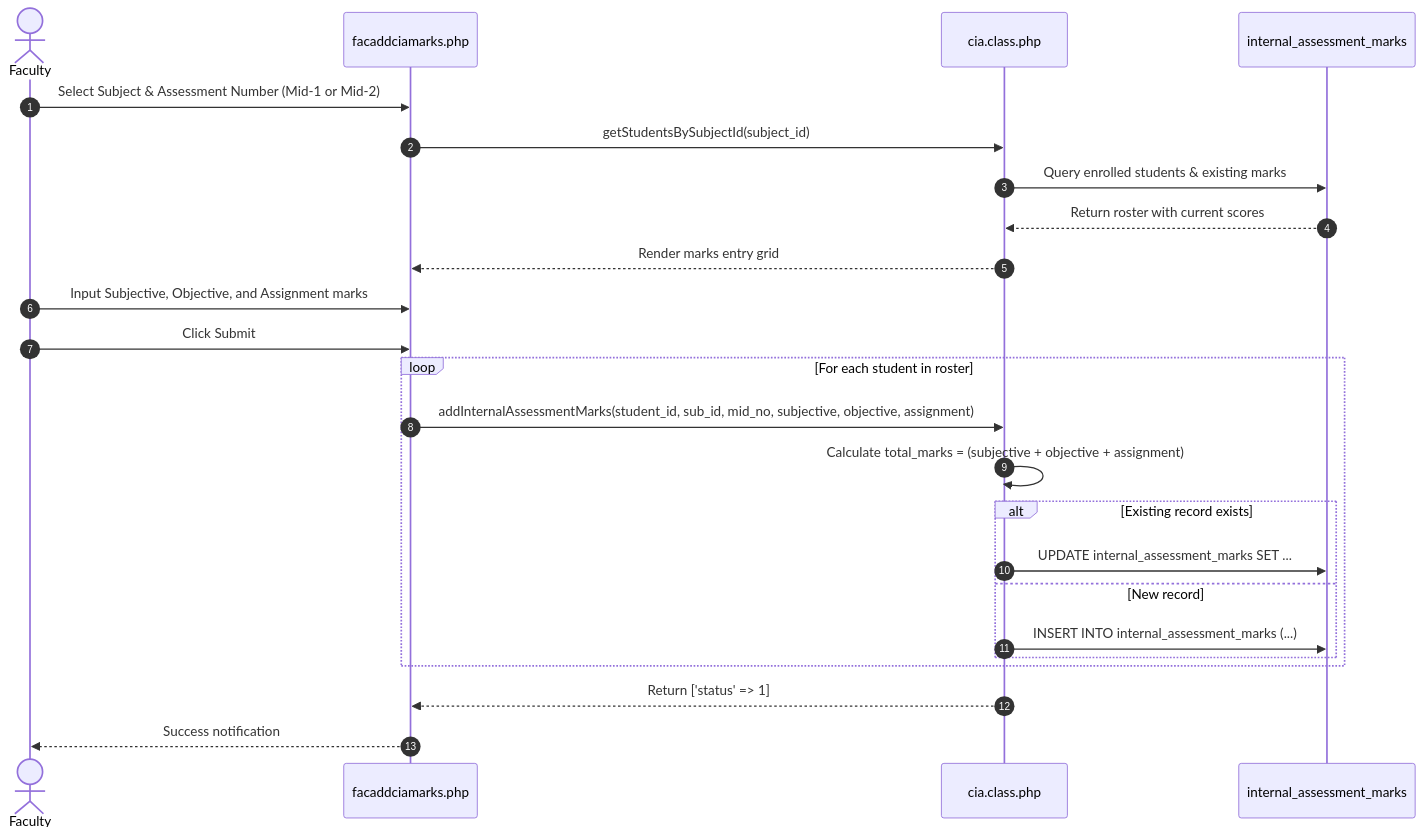
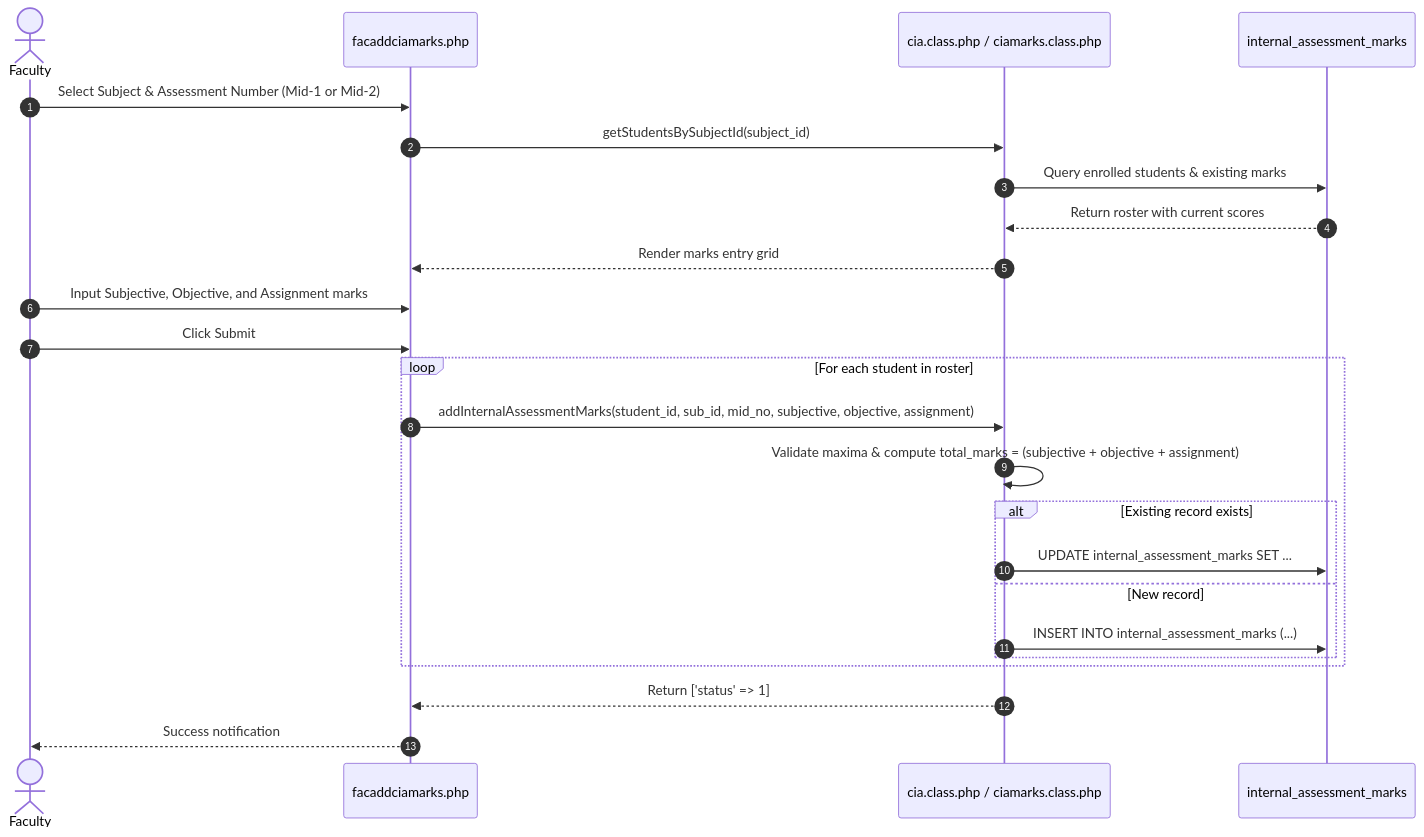
Before and after one commit to katamanilprojects/sarb: the diagram in docs/workflows/cia-marks-entry.md, drawn with Mermaid. The commit also changed other lines of this file and 125 other files, not shown here.

````diff
--- a/docs/workflows/cia-marks-entry.md
+++ b/docs/workflows/cia-marks-entry.md
@@ -22,30 +23,30 @@
 ```mermaid
 sequenceDiagram
     autonumber
     actor Faculty
     participant UI as facaddciamarks.php
-    participant CIA as cia.class.php
+    participant CIA as cia.class.php / ciamarks.class.php
     participant DB as internal_assessment_marks
 
     Faculty->>UI: Select Subject & Assessment Number (Mid-1 or Mid-2)
     UI->>CIA: getStudentsBySubjectId(subject_id)
     CIA->>DB: Query enrolled students & existing marks
     DB-->>CIA: Return roster with current scores
     CIA-->>UI: Render marks entry grid
     
     Faculty->>UI: Input Subjective, Objective, and Assignment marks
     Faculty->>UI: Click Submit
     
     loop For each student in roster
         UI->>CIA: addInternalAssessmentMarks(student_id, sub_id, mid_no, subjective, objective, assignment)
-        CIA->>CIA: Calculate total_marks = (subjective + objective + assignment)
+        CIA->>CIA: Validate maxima & compute total_marks = (subjective + objective + assignment)
         alt Existing record exists
             CIA->>DB: UPDATE internal_assessment_marks SET ...
         else New record
             CIA->>DB: INSERT INTO internal_assessment_marks (...)
         end
     end
     
     CIA-->>UI: Return ['status' => 1]
     UI-->>Faculty: Success notification
 ```
````
